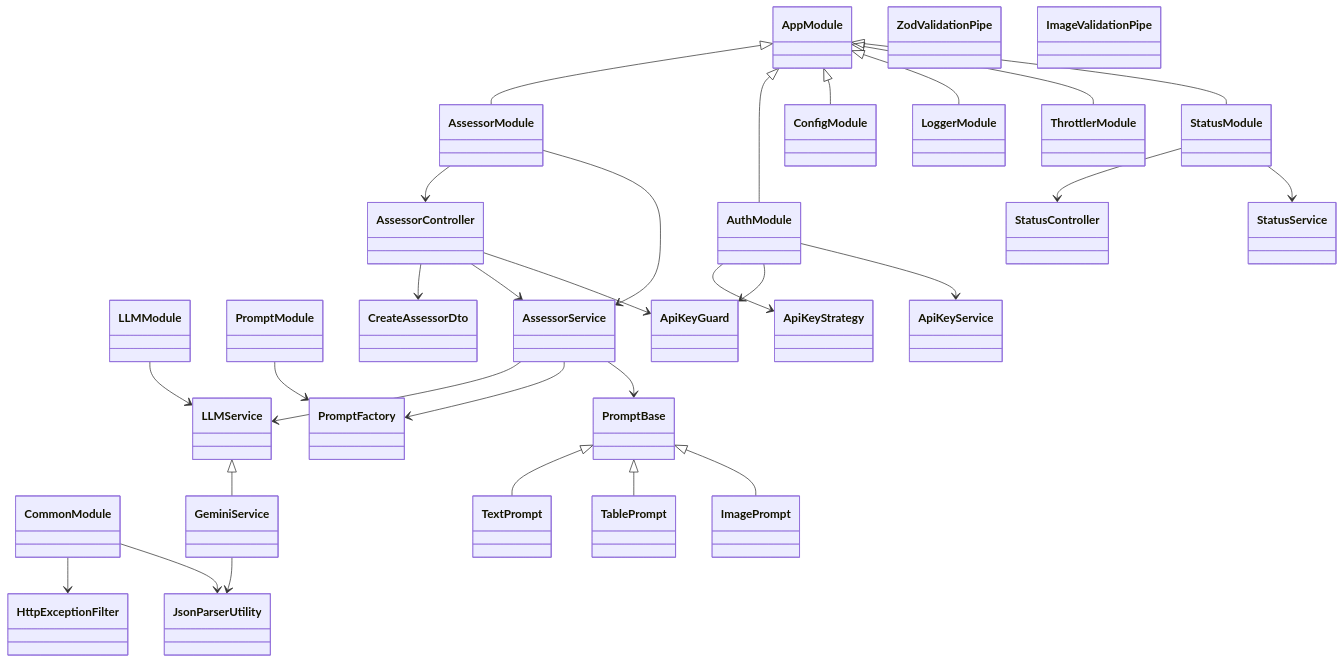
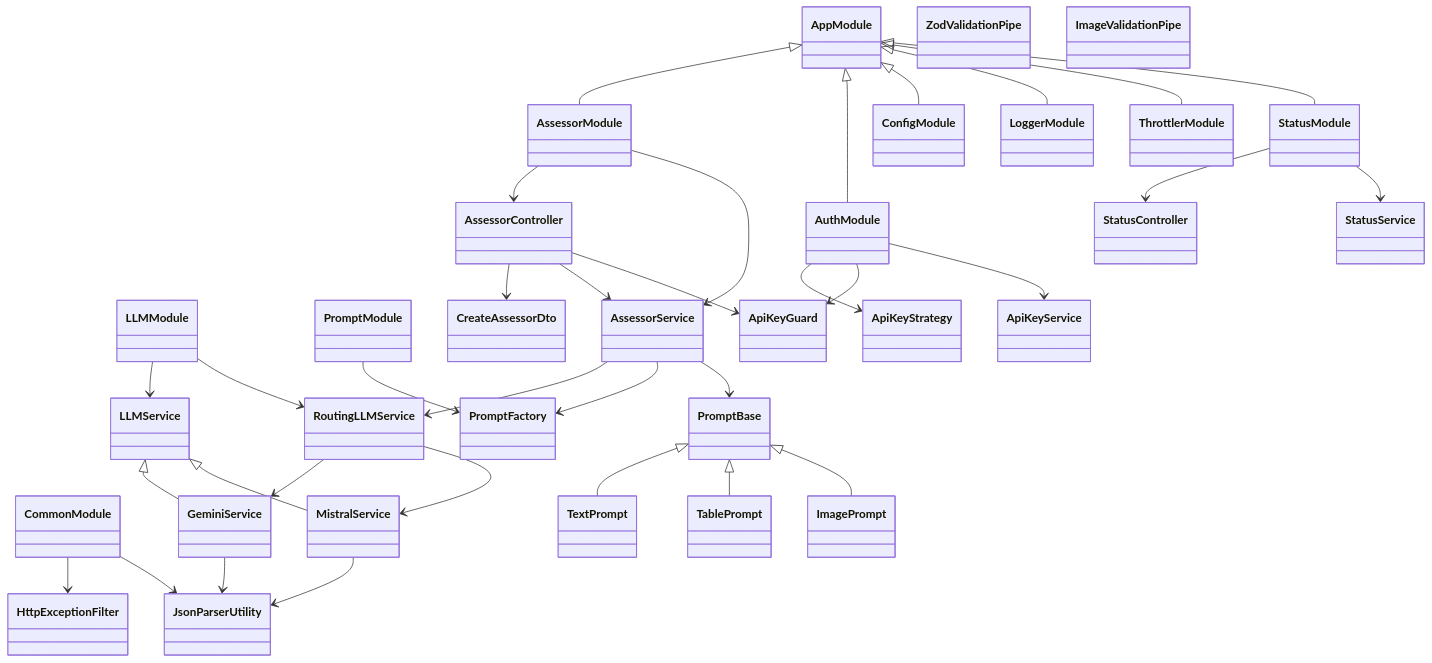
The diagram in docs/design/ClassStructure.md (h-arnold/AssessmentBot-LLM-Service), drawn with Mermaid before and after one commit. The commit also changed 20 other files, not shown here.

```diff
--- a/docs/design/ClassStructure.md
+++ b/docs/design/ClassStructure.md
@@ -44,6 +44,8 @@
     %% LLM Service Hierarchy
     class LLMService
     class GeminiService
+    class MistralService
+    class RoutingLLMService
 
     %% Module Relationships
     AppModule <|-- AssessorModule
@@ -77,6 +79,7 @@
 
     %% LLM Module Relationships
     LLMModule --> LLMService
+    LLMModule --> RoutingLLMService
 
     %% Prompt Inheritance
     PromptBase <|-- TextPrompt
@@ -85,10 +88,14 @@
 
     %% LLM Service Inheritance
     LLMService <|-- GeminiService
+    LLMService <|-- MistralService
 
     %% Service Integration
-    AssessorService --> LLMService
+    AssessorService --> RoutingLLMService
+    RoutingLLMService --> GeminiService
+    RoutingLLMService --> MistralService
     GeminiService --> JsonParserUtility
+    MistralService --> JsonParserUtility
     AssessorService --> PromptFactory
 
     %% Usage Relationships
```
